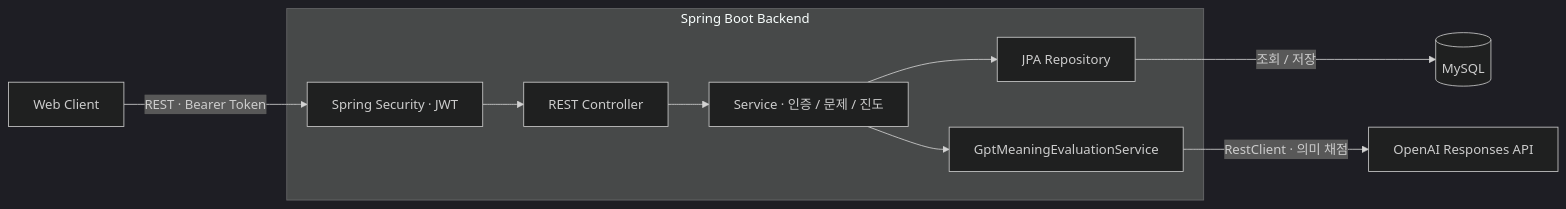
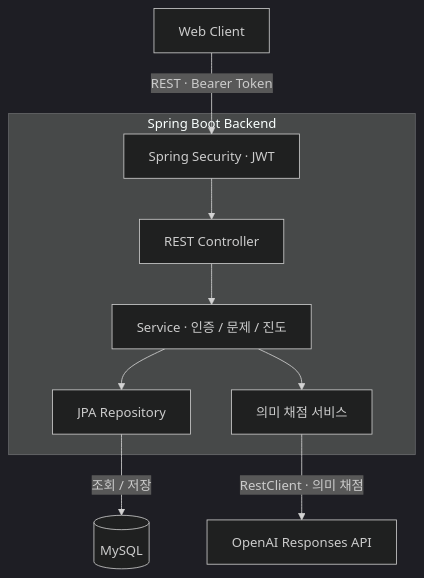
One commit to ParkChanWoo0321/Seonbi-Typing changed the first of 3 diagrams in README.md. Above: the diagram before and after it, drawn with Mermaid (dark theme). The commit also changed other lines of this file, not shown here.

Commit message:
README 다이어그램 배치와 가독성 개선

````diff
--- a/README.md
+++ b/README.md
@@ -34,24 +34,24 @@
 ```mermaid
-flowchart LR
+flowchart TB
     webClient["Web Client"]
 
     subgraph backend ["Spring Boot Backend"]
         security["Spring Security · JWT"]
         controller["REST Controller"]
         service["Service · 인증 / 문제 / 진도"]
         repository["JPA Repository"]
-        evaluator["GptMeaningEvaluationService"]
+        evaluator["의미 채점 서비스"]
 
         security --> controller
         controller --> service
         service --> repository
         service --> evaluator
     end
 
     mysql[("MySQL")]
     openai["OpenAI Responses API"]
 
     webClient -->|"REST · Bearer Token"| security
     repository -->|"조회 / 저장"| mysql
     evaluator -->|"RestClient · 의미 채점"| openai
 ```
````
